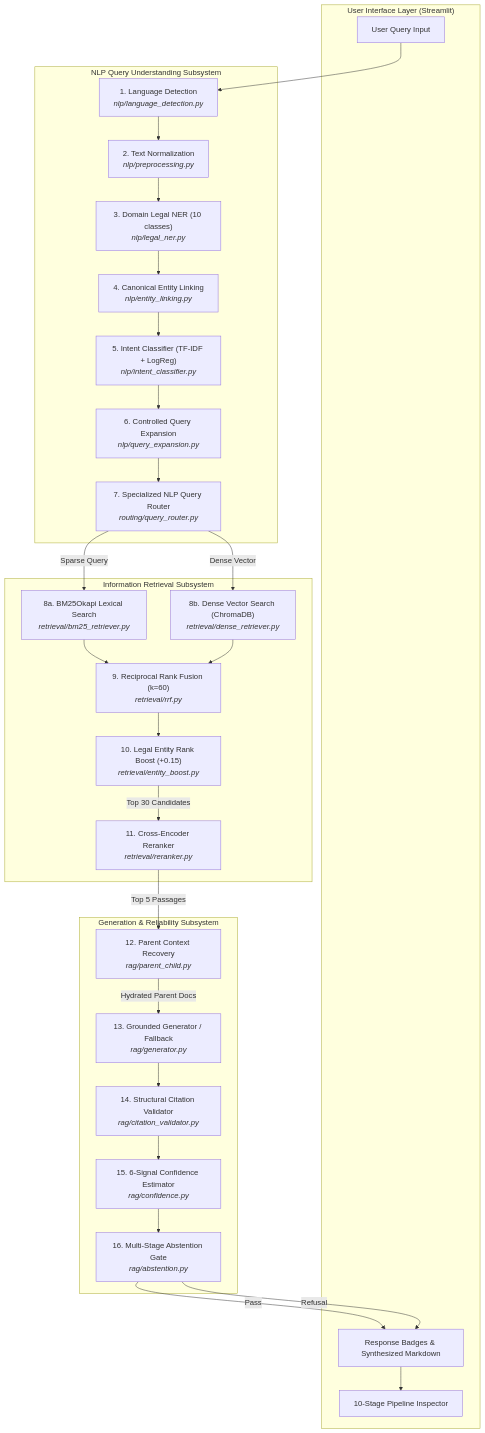
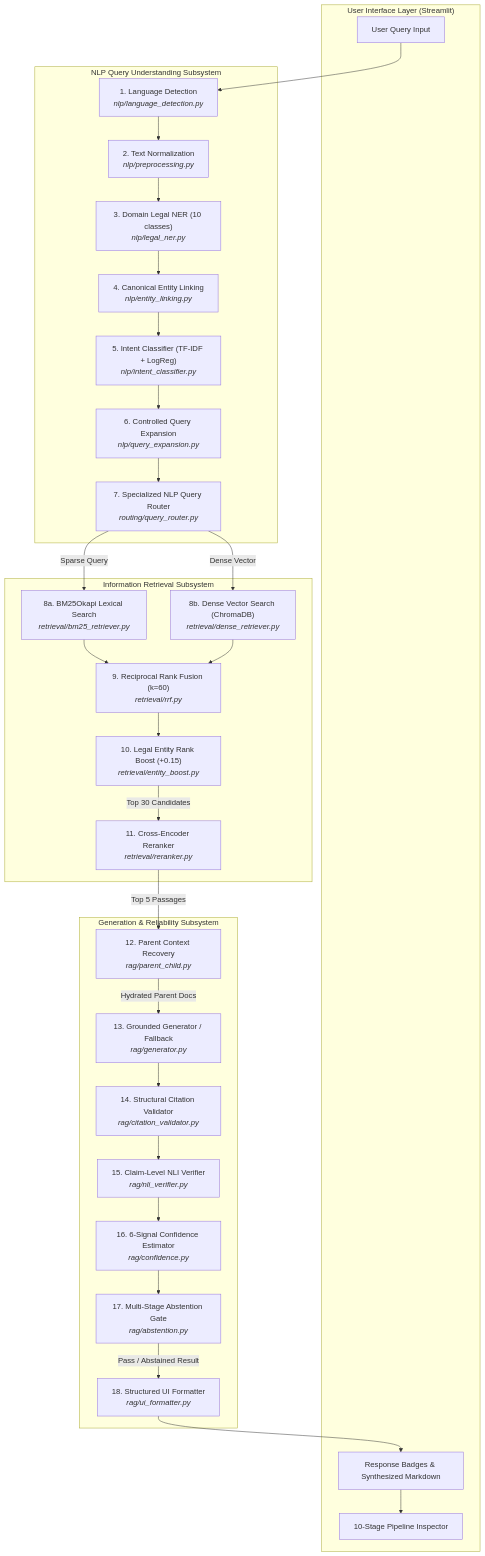
The first of 2 diagrams in docs/architecture.md (ramsaitanguturi/Indian-Constitution-Legal-AI-Assistant), drawn with Mermaid before and after one commit. The commit also changed 14 other files, not shown here.

````diff
--- a/docs/architecture.md
+++ b/docs/architecture.md
@@ -20,58 +20,61 @@
 ```mermaid
 flowchart TD
     subgraph UI ["User Interface Layer (Streamlit)"]
         UQ["User Query Input"]
         UI_DISP["Response Badges & Synthesized Markdown"]
         INSP["10-Stage Pipeline Inspector"]
     end
 
     subgraph NLP ["NLP Query Understanding Subsystem"]
         LD["1. Language Detection<br><i>nlp/language_detection.py</i>"]
         QP["2. Text Normalization<br><i>nlp/preprocessing.py</i>"]
         NER["3. Domain Legal NER (10 classes)<br><i>nlp/legal_ner.py</i>"]
         EL["4. Canonical Entity Linking<br><i>nlp/entity_linking.py</i>"]
         IC["5. Intent Classifier (TF-IDF + LogReg)<br><i>nlp/intent_classifier.py</i>"]
         QE["6. Controlled Query Expansion<br><i>nlp/query_expansion.py</i>"]
         QR["7. Specialized NLP Query Router<br><i>routing/query_router.py</i>"]
     end
 
     subgraph RET ["Information Retrieval Subsystem"]
         BM25["8a. BM25Okapi Lexical Search<br><i>retrieval/bm25_retriever.py</i>"]
         DENSE["8b. Dense Vector Search (ChromaDB)<br><i>retrieval/dense_retriever.py</i>"]
         RRF["9. Reciprocal Rank Fusion (k=60)<br><i>retrieval/rrf.py</i>"]
         BOOST["10. Legal Entity Rank Boost (+0.15)<br><i>retrieval/entity_boost.py</i>"]
         RERANK["11. Cross-Encoder Reranker<br><i>retrieval/reranker.py</i>"]
     end
 
     subgraph RAG ["Generation & Reliability Subsystem"]
         REC["12. Parent Context Recovery<br><i>rag/parent_child.py</i>"]
         GEN["13. Grounded Generator / Fallback<br><i>rag/generator.py</i>"]
         VAL["14. Structural Citation Validator<br><i>rag/citation_validator.py</i>"]
-        CONF["15. 6-Signal Confidence Estimator<br><i>rag/confidence.py</i>"]
-        ABST["16. Multi-Stage Abstention Gate<br><i>rag/abstention.py</i>"]
+        NLI["15. Claim-Level NLI Verifier<br><i>rag/nli_verifier.py</i>"]
+        CONF["16. 6-Signal Confidence Estimator<br><i>rag/confidence.py</i>"]
+        ABST["17. Multi-Stage Abstention Gate<br><i>rag/abstention.py</i>"]
+        FMT["18. Structured UI Formatter<br><i>rag/ui_formatter.py</i>"]
     end
 
     UQ --> LD
     LD --> QP
     QP --> NER
     NER --> EL
     EL --> IC
     IC --> QE
     QE --> QR
 
     QR -->|Sparse Query| BM25
     QR -->|Dense Vector| DENSE
     BM25 --> RRF
     DENSE --> RRF
     RRF --> BOOST
     BOOST -->|Top 30 Candidates| RERANK
     RERANK -->|Top 5 Passages| REC
 
     REC -->|Hydrated Parent Docs| GEN
     GEN --> VAL
-    VAL --> CONF
+    VAL --> NLI
+    NLI --> CONF
     CONF --> ABST
-    ABST -->|Pass| UI_DISP
-    ABST -->|Refusal| UI_DISP
+    ABST -->|Pass / Abstained Result| FMT
+    FMT --> UI_DISP
     UI_DISP --> INSP
 ```
````
